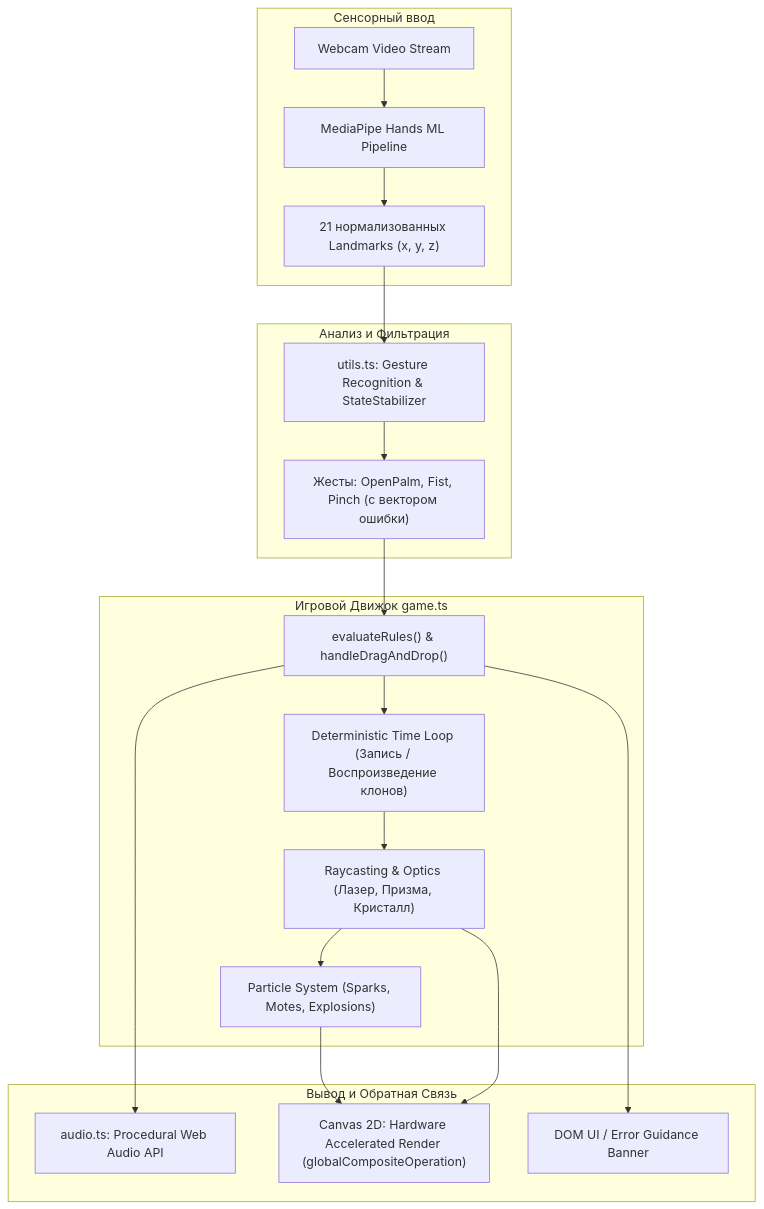
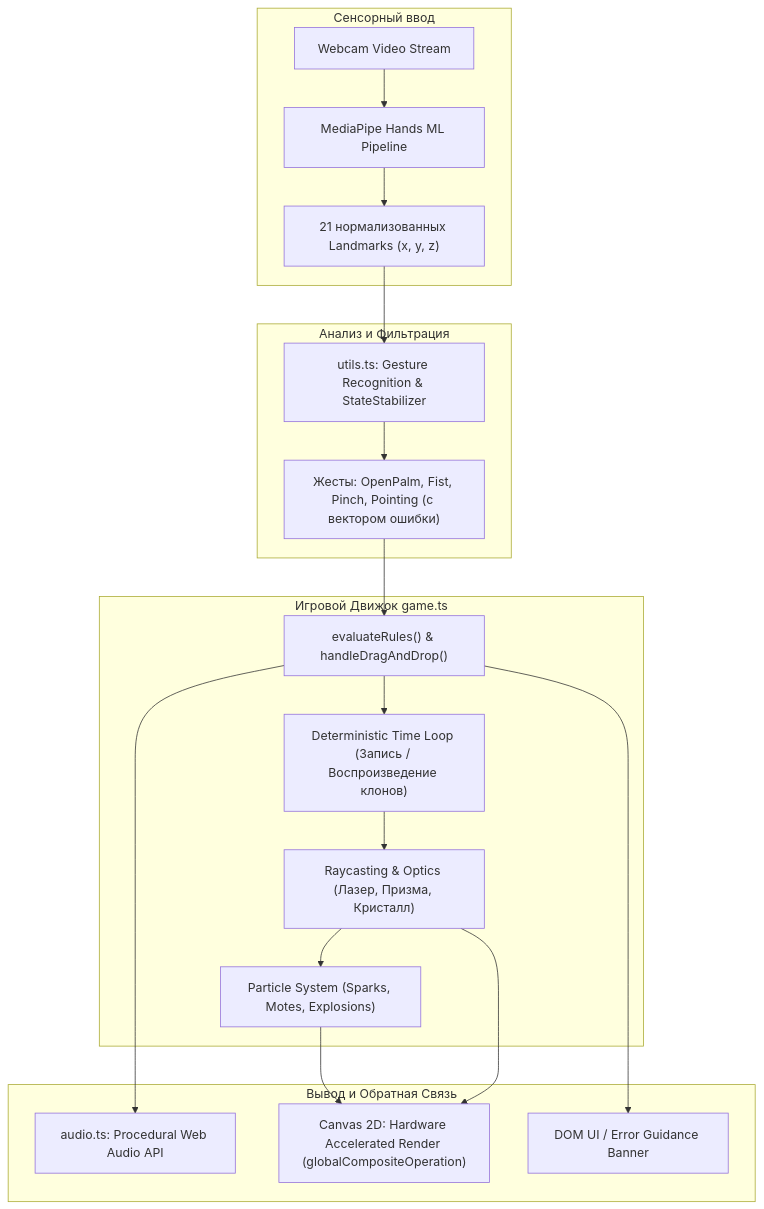
Before and after one commit to UNI-ROOM/admit-hackathon-2026: the first of 3 diagrams in ARCHITECTURE.md, drawn with Mermaid. The commit also changed other lines of this file and 11 other files, not shown here.

First line of the commit message:
feat(gesture): Add 4th gesture (index finger pointing) for level-switch tutorial

````diff
--- a/ARCHITECTURE.md
+++ b/ARCHITECTURE.md
@@ -11,26 +11,26 @@
 ```mermaid
 flowchart TD
     subgraph Input [Сенсорный ввод]
         Webcam[Webcam Video Stream] --> MediaPipeHands[MediaPipe Hands ML Pipeline]
         MediaPipeHands --> RawLandmarks["21 нормализованных Landmarks (x, y, z)"]
     end
 
     subgraph Processing [Анализ и Фильтрация]
         RawLandmarks --> Utils["utils.ts: Gesture Recognition & StateStabilizer"]
-        Utils --> GestureFlags["Жесты: OpenPalm, Fist, Pinch (с вектором ошибки)"]
+        Utils --> GestureFlags["Жесты: OpenPalm, Fist, Pinch, Pointing (с вектором ошибки)"]
     end
 
     subgraph Core [Игровой Движок game.ts]
         GestureFlags --> EngineLoop["evaluateRules() & handleDragAndDrop()"]
         EngineLoop --> TimeLoop["Deterministic Time Loop (Запись / Воспроизведение клонов)"]
         TimeLoop --> Raycaster["Raycasting & Optics (Лазер, Призма, Кристалл)"]
         Raycaster --> ParticleSystem["Particle System (Sparks, Motes, Explosions)"]
     end
 
     subgraph Output [Вывод и Обратная Связь]
         EngineLoop --> Audio["audio.ts: Procedural Web Audio API"]
         ParticleSystem --> Canvas["Canvas 2D: Hardware Accelerated Render (globalCompositeOperation)"]
         Raycaster --> Canvas
         EngineLoop --> UI["DOM UI / Error Guidance Banner"]
     end
 ```
````
